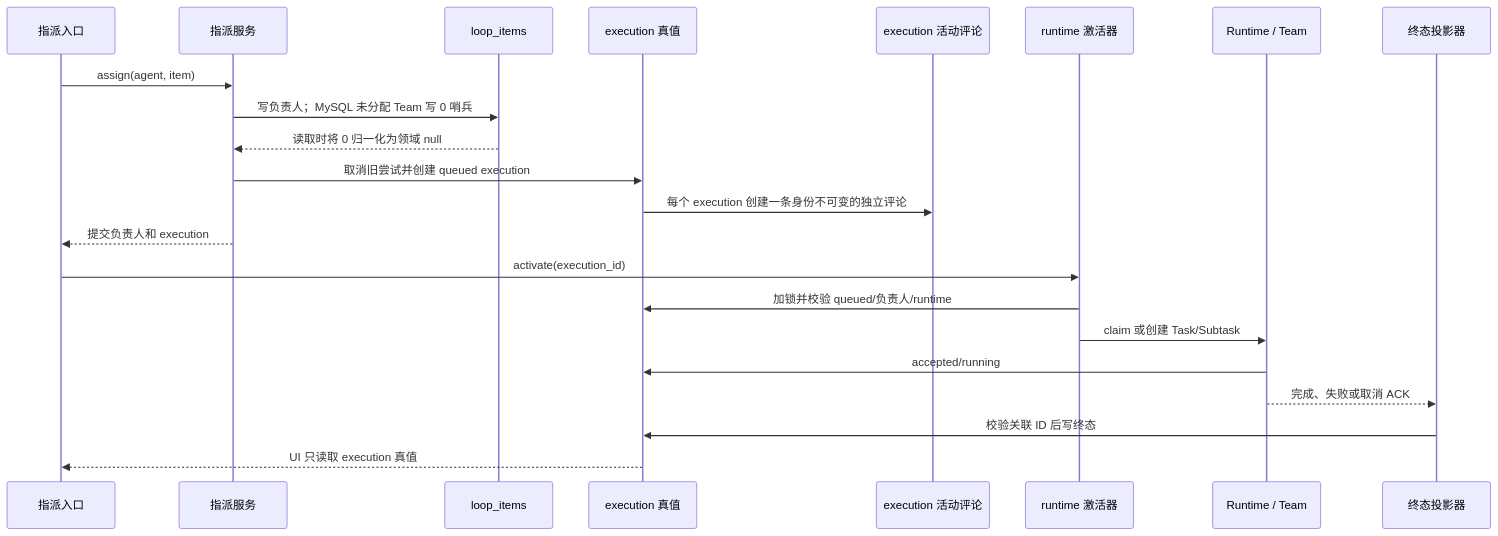
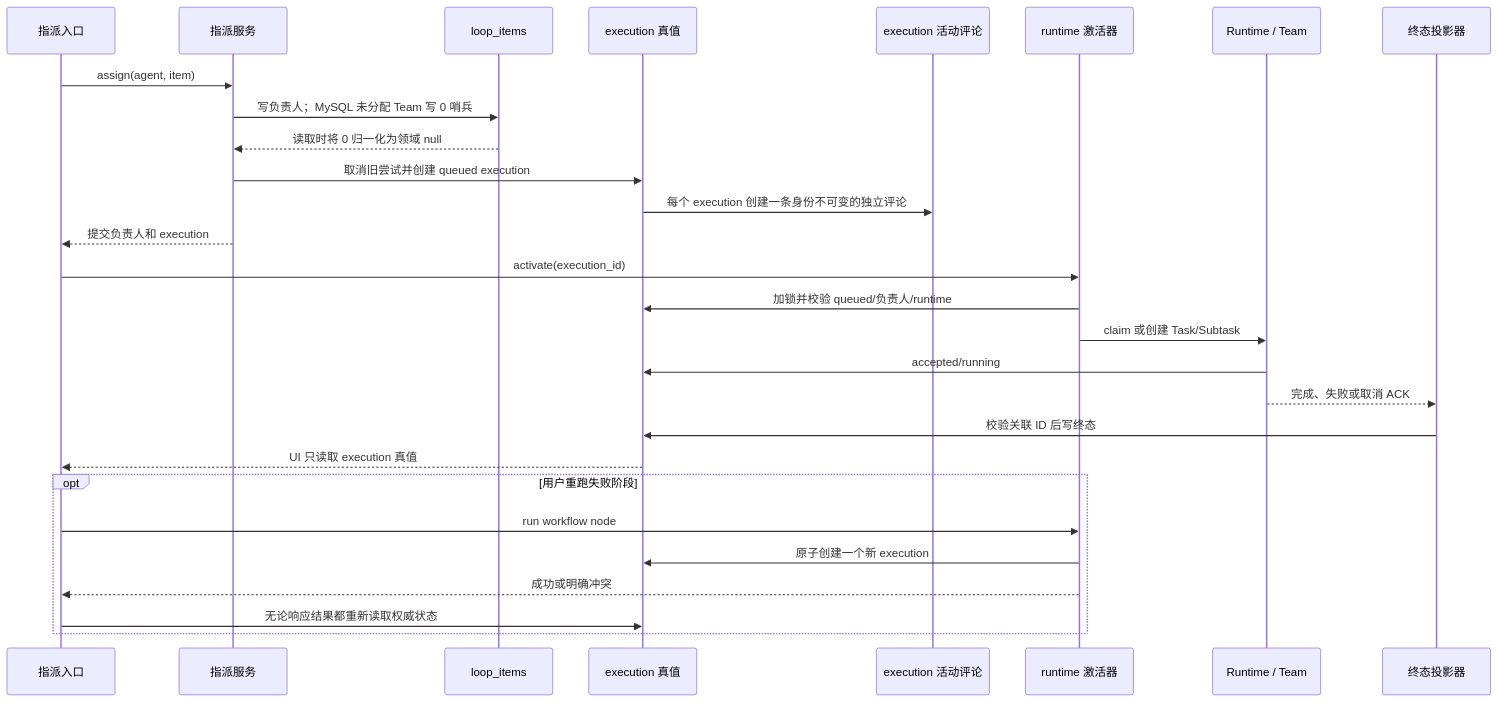
One commit to wecode-ai/Wegent changed the second of 2 diagrams in docs/zh/architecture/board-automation.md. Above: the diagram before and after it, drawn with Mermaid. The commit also changed other lines of this file and 28 other files, not shown here.

````diff
--- a/docs/zh/architecture/board-automation.md
+++ b/docs/zh/architecture/board-automation.md
@@ -30,25 +30,31 @@
 ```mermaid
 sequenceDiagram
     participant E as 指派入口
     participant A as 指派服务
     participant I as loop_items
     participant X as execution 真值
     participant C as execution 活动评论
     participant R as runtime 激活器
     participant T as Runtime / Team
     participant P as 终态投影器
 
     E->>A: assign(agent, item)
     A->>I: 写负责人；MySQL 未分配 Team 写 0 哨兵
     I-->>A: 读取时将 0 归一化为领域 null
     A->>X: 取消旧尝试并创建 queued execution
     X->>C: 每个 execution 创建一条身份不可变的独立评论
     A-->>E: 提交负责人和 execution
     E->>R: activate(execution_id)
     R->>X: 加锁并校验 queued/负责人/runtime
     R->>T: claim 或创建 Task/Subtask
     T->>X: accepted/running
     T-->>P: 完成、失败或取消 ACK
     P->>X: 校验关联 ID 后写终态
     X-->>E: UI 只读取 execution 真值
+    opt 用户重跑失败阶段
+        E->>R: run workflow node
+        R->>X: 原子创建一个新 execution
+        R-->>E: 成功或明确冲突
+        E->>X: 无论响应结果都重新读取权威状态
+    end
 ```
````
